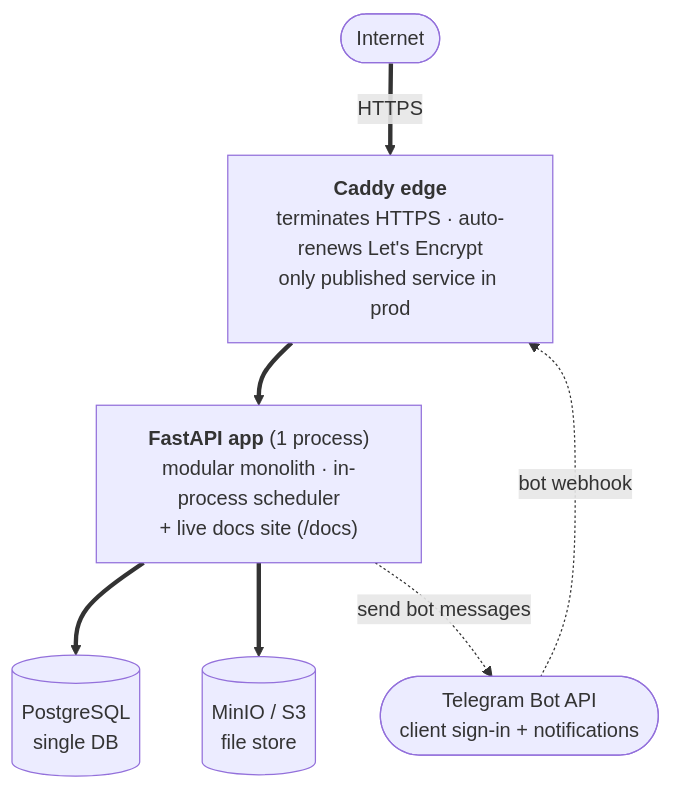
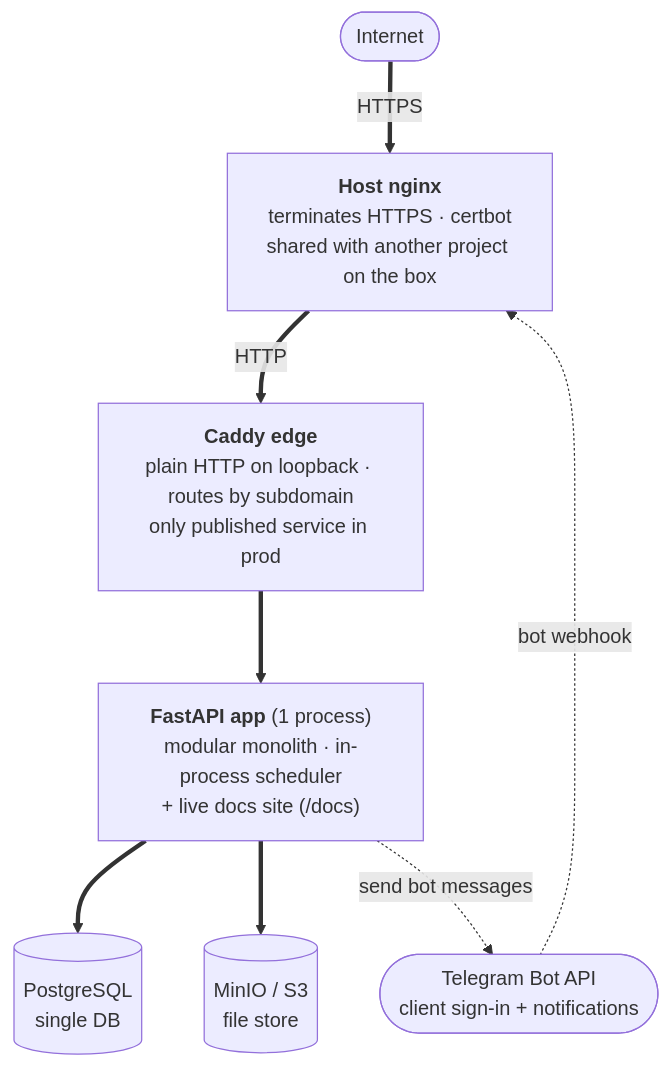
One commit to qadam-uz/mebel-pro changed the diagram in docs/architecture.md. Above: the diagram before and after it, drawn with Mermaid. The commit also changed other lines of this file and 8 other files, not shown here.

First line of the commit message:
Deploy: host nginx terminates TLS, Caddy edge on loopback (mebelapp.uz move) (#153)

````diff
--- a/docs/architecture.md
+++ b/docs/architecture.md
@@ -43,16 +43,18 @@
 ```mermaid
 flowchart TD
     Net([Internet])
-    Edge["<b>Caddy edge</b><br/>terminates HTTPS · auto-renews Let's Encrypt<br/>only published service in prod"]
+    Nginx["<b>Host nginx</b><br/>terminates HTTPS · certbot<br/>shared with another project on the box"]
+    Edge["<b>Caddy edge</b><br/>plain HTTP on loopback · routes by subdomain<br/>only published service in prod"]
     App["<b>FastAPI app</b> (1 process)<br/>modular monolith · in-process scheduler<br/>+ live docs site (/docs)"]
     DB[("PostgreSQL<br/>single DB")]
     Files[("MinIO / S3<br/>file store")]
     TG([Telegram Bot API<br/>client sign-in + notifications])
 
-    Net ==>|HTTPS| Edge
+    Net ==>|HTTPS| Nginx
+    Nginx ==>|HTTP| Edge
     Edge ==> App
     App ==> DB
     App ==> Files
     App -.->|send bot messages| TG
-    TG -.->|bot webhook| Edge
+    TG -.->|bot webhook| Nginx
 ```
````
